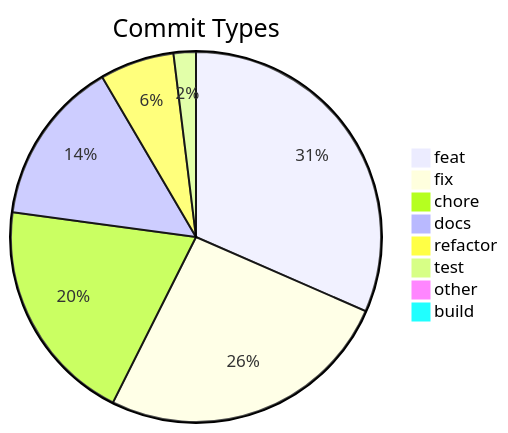
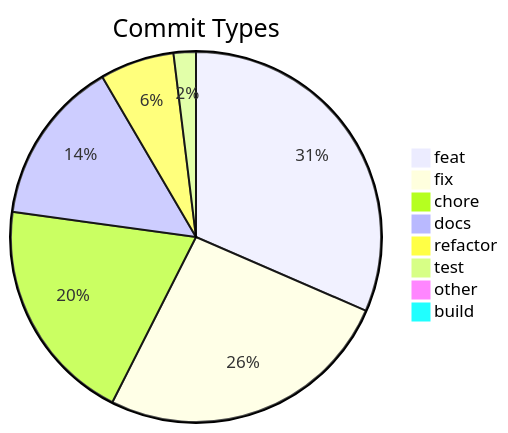
Before and after one commit to svenroth-ai/shipwright: the diagram in .shipwright/compliance/change-history.md, drawn with Mermaid. The commit also changed other lines of this file and 13 other files, not shown here.

````diff
--- a/.shipwright/compliance/change-history.md
+++ b/.shipwright/compliance/change-history.md
@@ -8,11 +8,11 @@
 ```mermaid
 pie title Commit Types
     "feat" : 243
-    "fix" : 199
+    "fix" : 200
     "chore" : 152
     "docs" : 111
     "refactor" : 50
     "test" : 15
     "other" : 7
     "build" : 1
 ```
````
